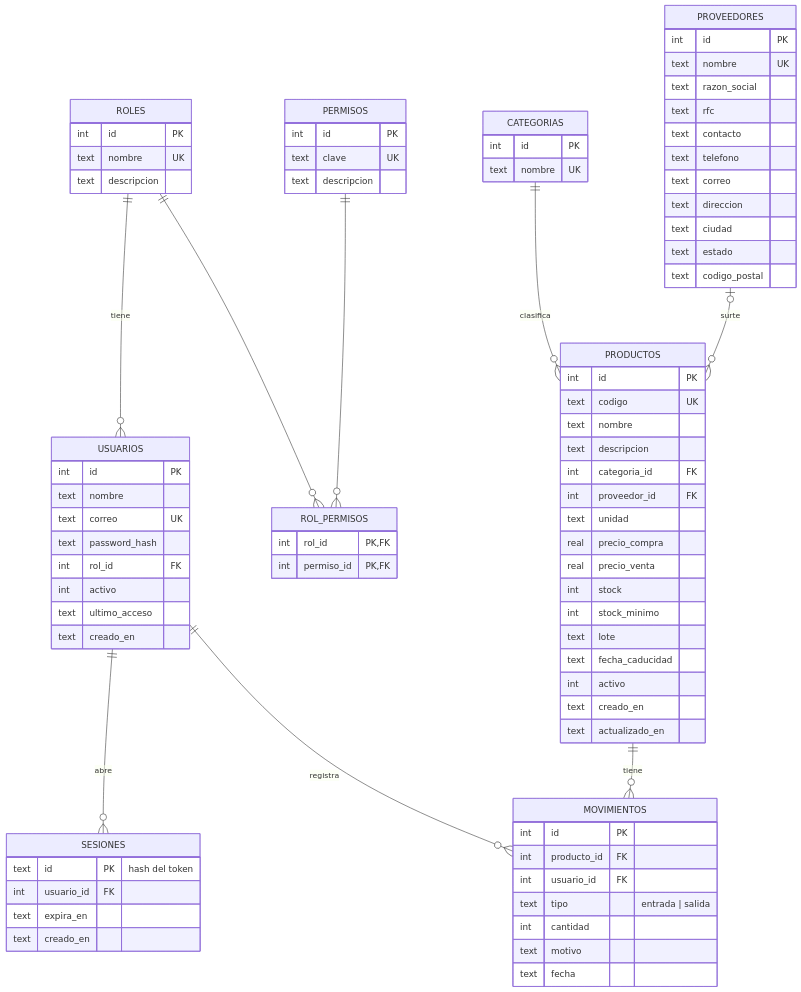
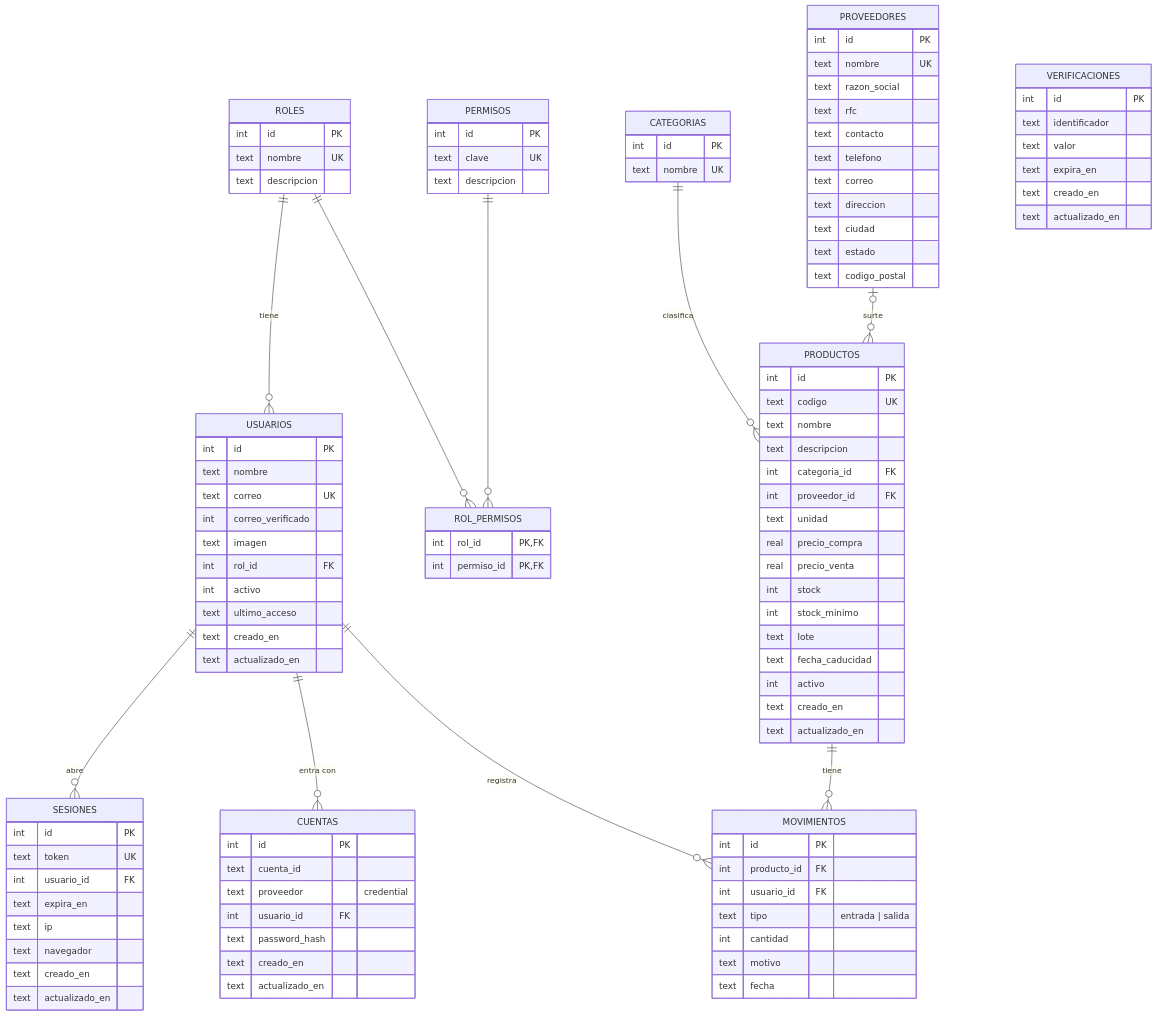
Before and after one commit to mini-artemis/Web-Veterinaria: the diagram in docs/DISENO-BD.md, drawn with Mermaid. The commit also changed other lines of this file and 15 other files, not shown here.

```diff
--- a/docs/DISENO-BD.md
+++ b/docs/DISENO-BD.md
@@ -15,6 +18,7 @@
     ROLES ||--o{ ROL_PERMISOS : ""
     PERMISOS ||--o{ ROL_PERMISOS : ""
     USUARIOS ||--o{ SESIONES : "abre"
+    USUARIOS ||--o{ CUENTAS : "entra con"
     USUARIOS ||--o{ MOVIMIENTOS : "registra"
     CATEGORIAS ||--o{ PRODUCTOS : "clasifica"
     PROVEEDORES |o--o{ PRODUCTOS : "surte"
@@ -38,17 +42,40 @@
         int id PK
         text nombre
         text correo UK
-        text password_hash
+        int correo_verificado
+        text imagen
         int rol_id FK
         int activo
         text ultimo_acceso
         text creado_en
+        text actualizado_en
+    }
+    CUENTAS {
+        int id PK
+        text cuenta_id
+        text proveedor "credential"
+        int usuario_id FK
+        text password_hash
+        text creado_en
+        text actualizado_en
     }
     SESIONES {
-        text id PK "hash del token"
+        int id PK
+        text token UK
         int usuario_id FK
         text expira_en
+        text ip
+        text navegador
         text creado_en
+        text actualizado_en
+    }
+    VERIFICACIONES {
+        int id PK
+        text identificador
+        text valor
+        text expira_en
+        text creado_en
+        text actualizado_en
     }
     CATEGORIAS {
         int id PK
```
